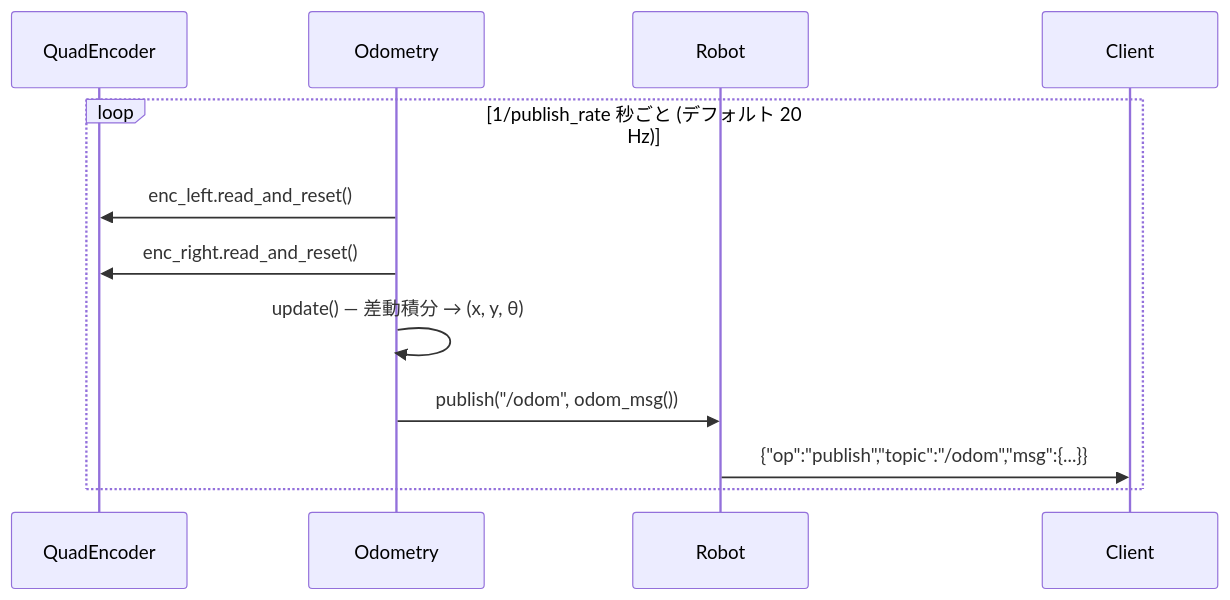
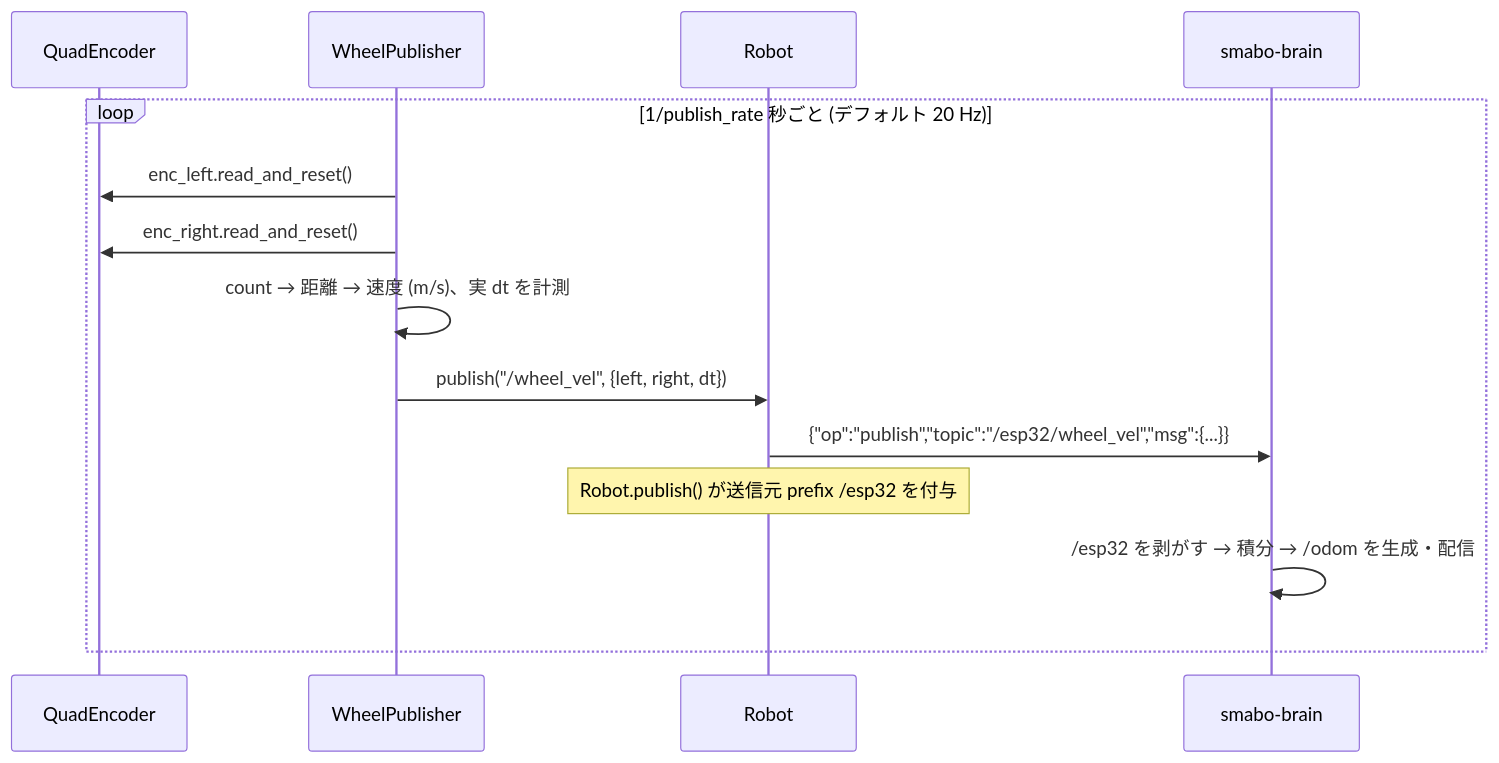
Diagram 13 of 14 in docs/architecture/design.md (smabo-smartphone-robot/smabo-smartphone-robot.github.io), drawn with Mermaid before and after one commit. The commit also changed other lines of this file and 5 other files, not shown here.

````diff
--- a/docs/architecture/design.md
+++ b/docs/architecture/design.md
@@ -491,15 +519,17 @@
 ```mermaid
 sequenceDiagram
     participant QuadEncoder
-    participant Odometry
+    participant WheelPublisher
     participant Robot
-    participant Client
+    participant Brain as smabo-brain
 
     loop 1/publish_rate 秒ごと (デフォルト 20 Hz)
-        Odometry->>QuadEncoder: enc_left.read_and_reset()
-        Odometry->>QuadEncoder: enc_right.read_and_reset()
-        Odometry->>Odometry: update() — 差動積分 → (x, y, θ)
-        Odometry->>Robot: publish("/odom", odom_msg())
-        Robot->>Client: {"op":"publish","topic":"/odom","msg":{...}}
+        WheelPublisher->>QuadEncoder: enc_left.read_and_reset()
+        WheelPublisher->>QuadEncoder: enc_right.read_and_reset()
+        WheelPublisher->>WheelPublisher: count → 距離 → 速度 (m/s)、実 dt を計測
+        WheelPublisher->>Robot: publish("/wheel_vel", {left, right, dt})
+        Robot->>Brain: {"op":"publish","topic":"/esp32/wheel_vel","msg":{...}}
+        Note over Robot: Robot.publish() が送信元 prefix /esp32 を付与
+        Brain->>Brain: /esp32 を剥がす → 積分 → /odom を生成・配信
     end
 ```
````
